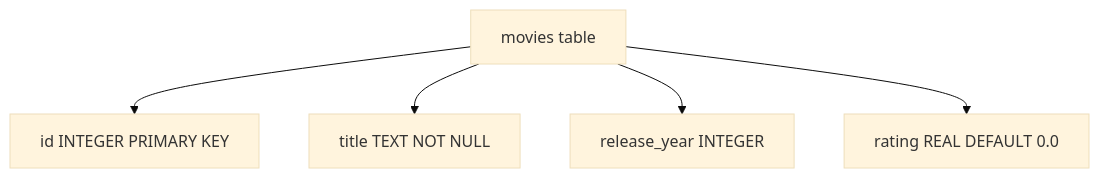
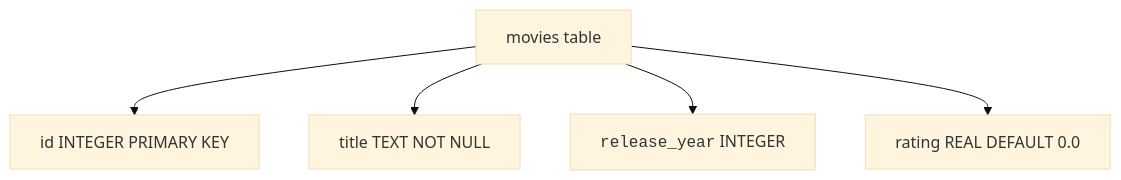
The fourth of 4 diagrams in content/learn/sqlite-for-beginners/creating-tables.mdx (dataslope/dataslope), drawn with Mermaid (base theme) before and after one commit. The commit also changed 153 other files, not shown here.

First line of the commit message:
Render code-only mermaid shapes in monospace; convert step sequences to Steps

````diff
--- a/content/learn/sqlite-for-beginners/creating-tables.mdx
+++ b/content/learn/sqlite-for-beginners/creating-tables.mdx
@@ -198,7 +198,7 @@
 ```mermaid
 flowchart TB
     T["movies table"] --> I["id INTEGER PRIMARY KEY"]
     T --> N["title TEXT NOT NULL"]
-    T --> Y["release_year INTEGER"]
+    T --> Y["<code>release_year</code> INTEGER"]
     T --> D["rating REAL DEFAULT 0.0"]
 ```
````
